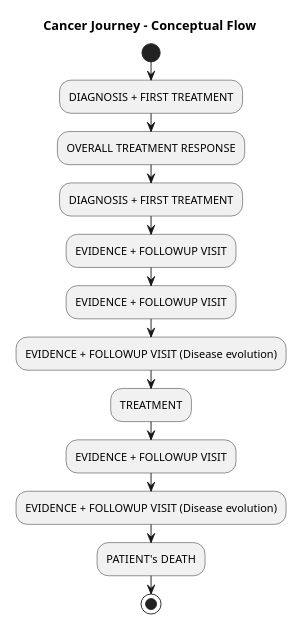
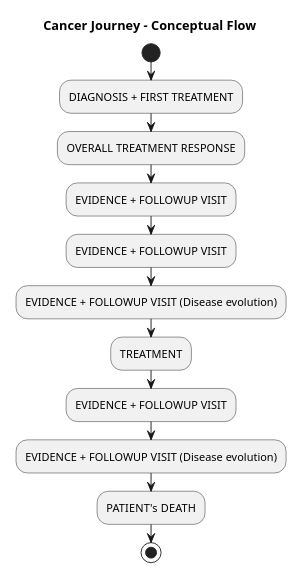
The diagram in input/images-source/CancerJourney.plantuml (hl7-eu/cancer-common), drawn with PlantUML before and after one commit. The commit also changed 17 other files, not shown here.

```diff
--- a/input/images-source/CancerJourney.plantuml
+++ b/input/images-source/CancerJourney.plantuml
@@ -1,19 +1,18 @@
 @startuml
 
 scale 0.6
 
 title Cancer Journey – Conceptual Flow
 
 start 
 :DIAGNOSIS + FIRST TREATMENT;
 :OVERALL TREATMENT RESPONSE;
-:DIAGNOSIS + FIRST TREATMENT;
 :EVIDENCE + FOLLOWUP VISIT;
 :EVIDENCE + FOLLOWUP VISIT;
 :EVIDENCE + FOLLOWUP VISIT (Disease evolution);
 :TREATMENT;
 :EVIDENCE + FOLLOWUP VISIT;
 :EVIDENCE + FOLLOWUP VISIT (Disease evolution);
 :PATIENT's DEATH;
 stop
 @enduml
```
